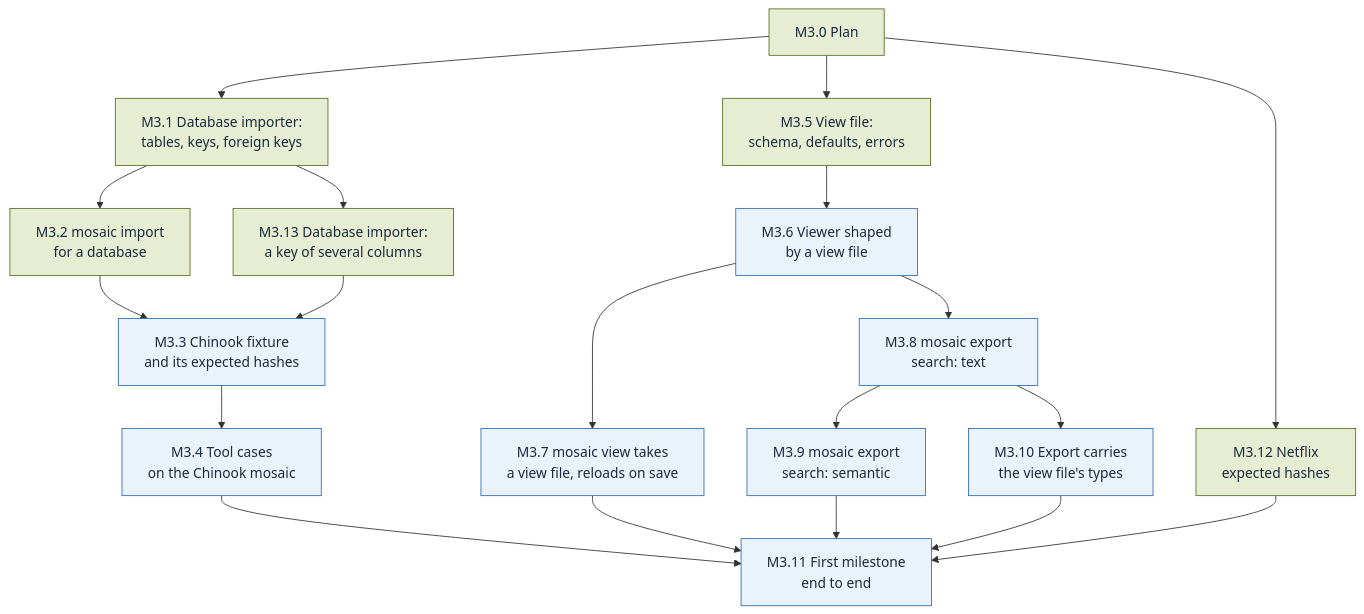
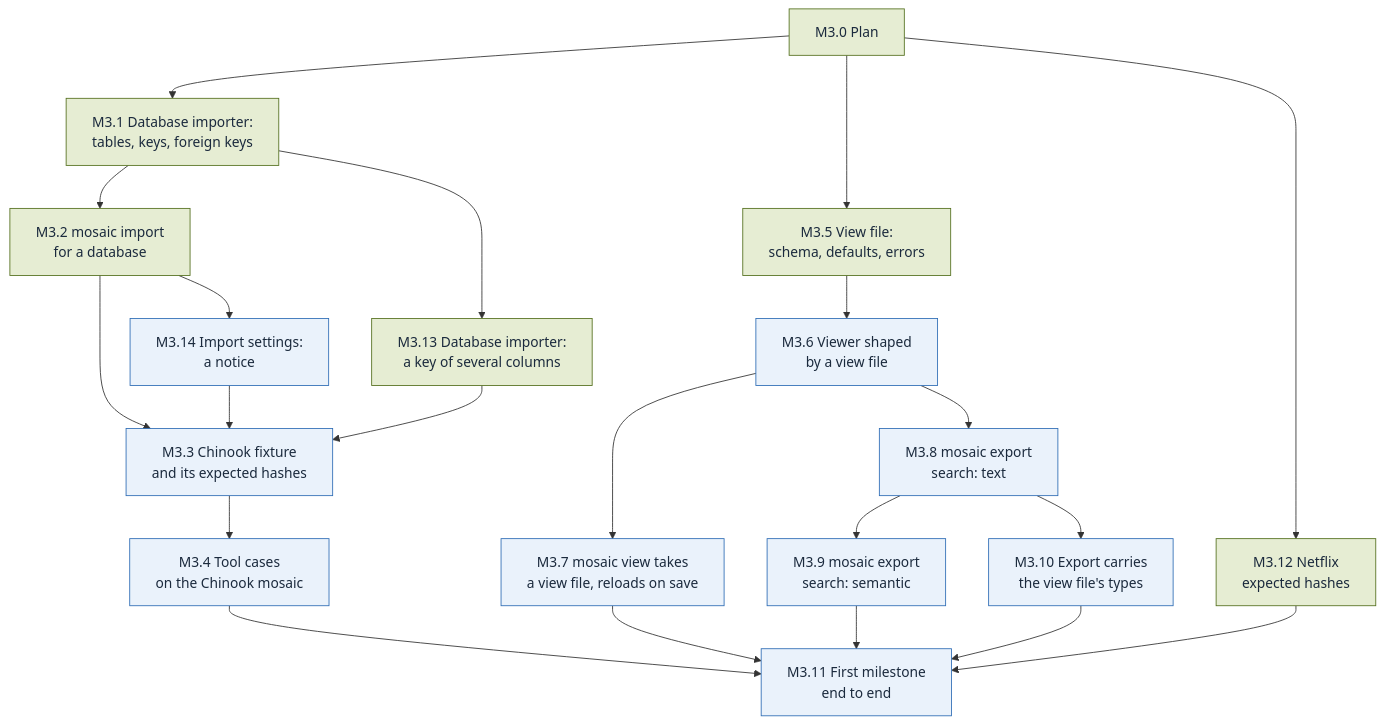
The diagram in plan/M3.md (alcjor/Mosaic), drawn with Mermaid before and after one commit. The commit also changed other lines of this file and 7 other files, not shown here.

First line of the commit message:
M3.14 Import settings: a notice for the tessera's source

````diff
--- a/plan/M3.md
+++ b/plan/M3.md
@@ -3,69 +3,74 @@
 ```mermaid
 flowchart TD
   classDef done fill:#E6EDD3,stroke:#55701F,color:#1B2A3D
   classDef todo fill:#EAF2FB,stroke:#2F6DB5,color:#1B2A3D
   classDef parked fill:#FCEFCF,stroke:#F2B630,color:#1B2A3D
   %% One block per slice: its node, then its status (done, todo or parked).
   %% Blank lines keep each status line apart, so two PRs marking two slices merge cleanly.
 
   M3_0["M3.0 Plan"]
   class M3_0 done
 
   M3_1["M3.1 Database importer:<br/>tables, keys, foreign keys"]
   class M3_1 done
 
   M3_2["M3.2 mosaic import<br/>for a database"]
   class M3_2 done
 
   M3_3["M3.3 Chinook fixture<br/>and its expected hashes"]
   class M3_3 todo
 
   M3_4["M3.4 Tool cases<br/>on the Chinook mosaic"]
   class M3_4 todo
 
   M3_5["M3.5 View file:<br/>schema, defaults, errors"]
   class M3_5 done
 
   M3_6["M3.6 Viewer shaped<br/>by a view file"]
   class M3_6 todo
 
   M3_7["M3.7 mosaic view takes<br/>a view file, reloads on save"]
   class M3_7 todo
 
   M3_8["M3.8 mosaic export<br/>search: text"]
   class M3_8 todo
 
   M3_9["M3.9 mosaic export<br/>search: semantic"]
   class M3_9 todo
 
   M3_10["M3.10 Export carries<br/>the view file's types"]
   class M3_10 todo
 
   M3_11["M3.11 First milestone<br/>end to end"]
   class M3_11 todo
 
   M3_12["M3.12 Netflix<br/>expected hashes"]
   class M3_12 done
 
   M3_13["M3.13 Database importer:<br/>a key of several columns"]
   class M3_13 done
 
+  M3_14["M3.14 Import settings:<br/>a notice"]
+  class M3_14 todo
+
   M3_0 --> M3_1
   M3_1 --> M3_2
   M3_2 --> M3_3
   M3_3 --> M3_4
   M3_0 --> M3_5
   M3_5 --> M3_6
   M3_6 --> M3_7
   M3_6 --> M3_8
   M3_8 --> M3_9
   M3_8 --> M3_10
   M3_4 --> M3_11
   M3_7 --> M3_11
   M3_9 --> M3_11
   M3_10 --> M3_11
   M3_0 --> M3_12
   M3_12 --> M3_11
   M3_1 --> M3_13
   M3_13 --> M3_3
+  M3_2 --> M3_14
+  M3_14 --> M3_3
 ```
````
